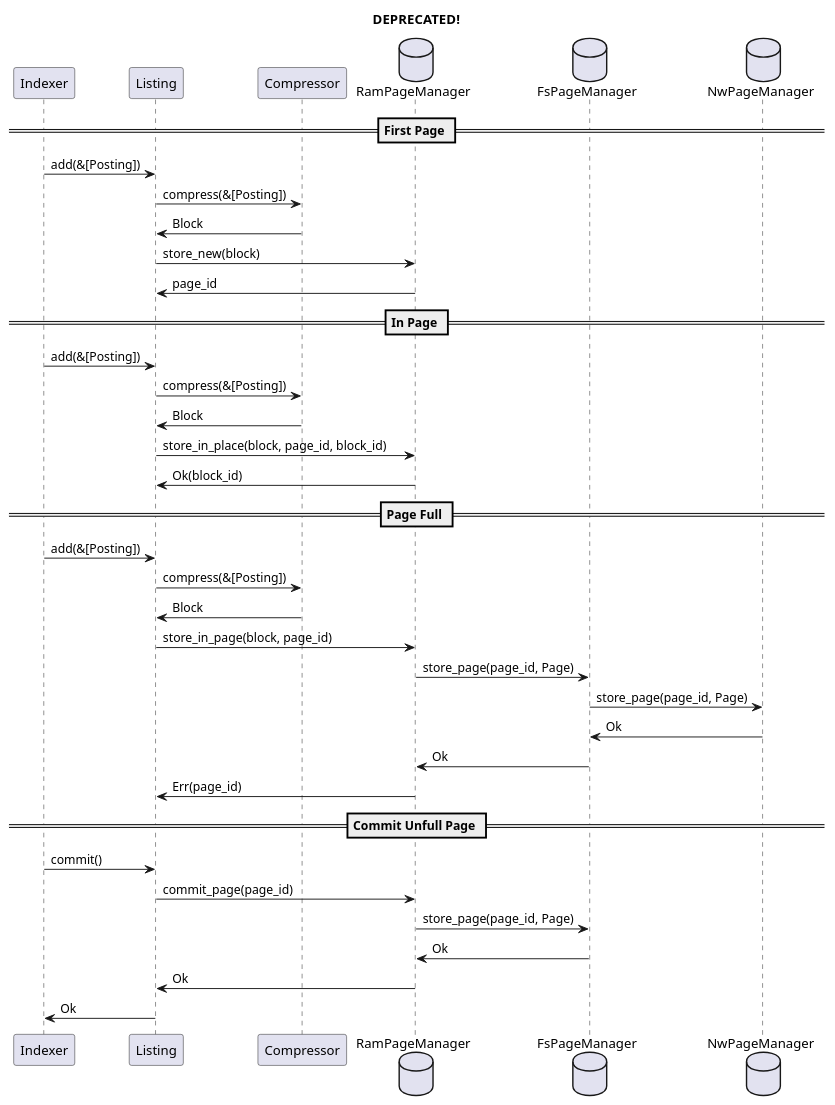
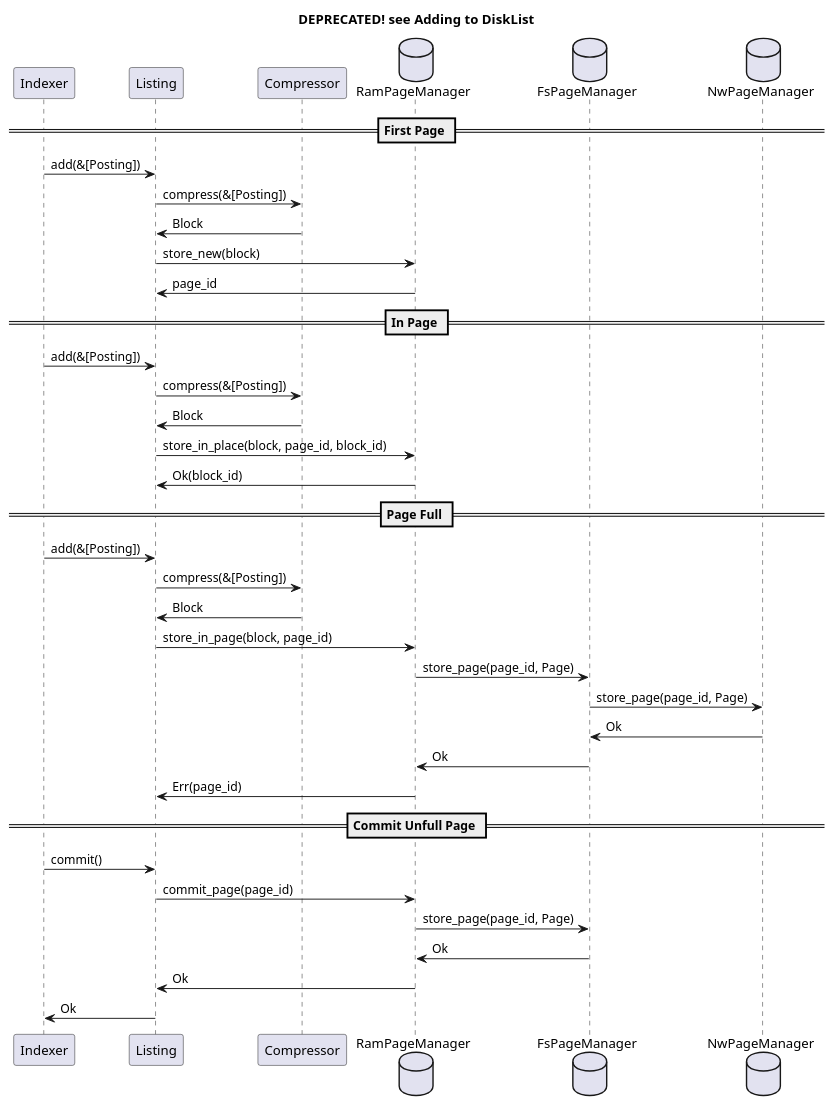
One commit to CurrySoftware/perlin changed the third of 12 diagrams in notes/roadmap_1_0.org. Above: the diagram before and after it, drawn with PlantUML. The commit also changed other lines of this file and 9 other files, not shown here.

```diff
--- a/notes/roadmap_1_0.org
+++ b/notes/roadmap_1_0.org
@@ -75,38 +75,38 @@
 #+begin_src plantuml :file indexing_process.png
-title DEPRECATED!
+title DEPRECATED! see Adding to DiskList
 participant Indexer
 participant Listing
 participant Compressor
 database RamPageManager
 database FsPageManager
 database NwPageManager
 == First Page ==
 Indexer -> Listing : add(&[Posting])
 Listing -> Compressor : compress(&[Posting])
 Compressor -> Listing : Block
 Listing -> RamPageManager : store_new(block)
 RamPageManager -> Listing : page_id
 == In Page ==
 Indexer -> Listing : add(&[Posting])
 Listing -> Compressor : compress(&[Posting])
 Compressor -> Listing : Block
 Listing -> RamPageManager : store_in_place(block, page_id, block_id)
 RamPageManager -> Listing : Ok(block_id)
 == Page Full ==
 Indexer -> Listing : add(&[Posting])
 Listing -> Compressor : compress(&[Posting])
 Compressor -> Listing : Block
 Listing -> RamPageManager : store_in_page(block, page_id)
 RamPageManager -> FsPageManager : store_page(page_id, Page)
 FsPageManager -> NwPageManager : store_page(page_id, Page)
 NwPageManager -> FsPageManager : Ok
 FsPageManager -> RamPageManager : Ok
 RamPageManager -> Listing : Err(page_id)
 == Commit Unfull Page == 
 Indexer -> Listing : commit()
 Listing -> RamPageManager : commit_page(page_id)
 RamPageManager -> FsPageManager : store_page(page_id, Page)
 FsPageManager -> RamPageManager : Ok
 RamPageManager -> Listing : Ok
 Listing -> Indexer : Ok
 #+end_src
```
